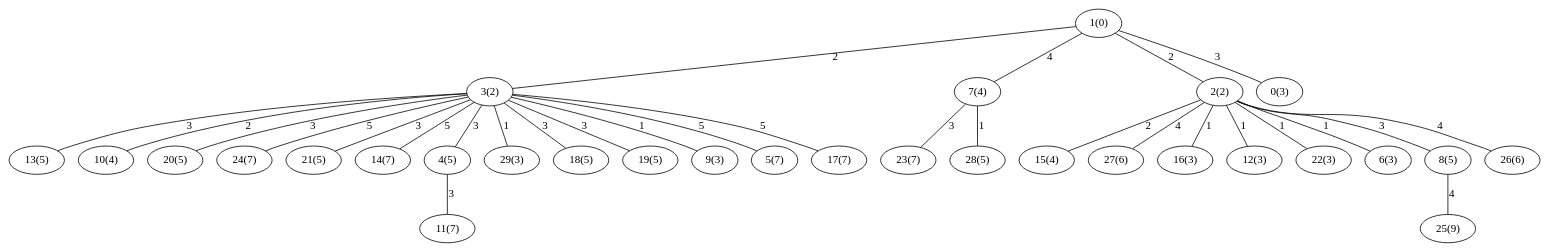
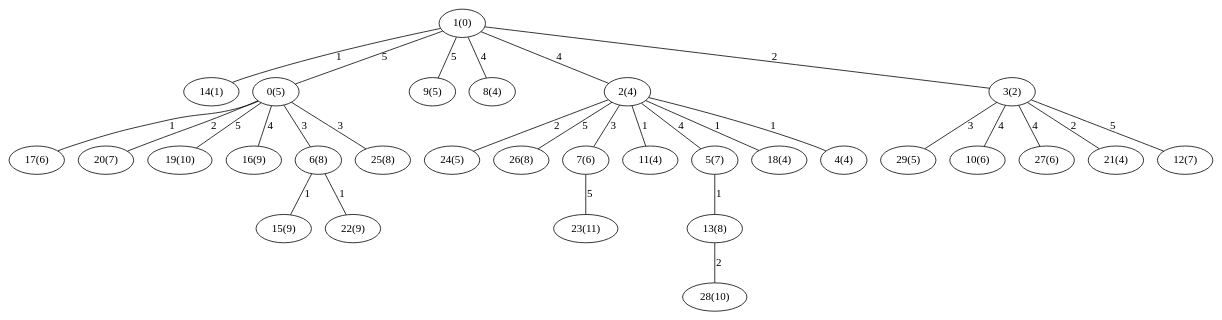
The diagram in Dijkstra_Dorogovtsev3030.gv (saradejesuss/GenerarGrafos), drawn with Graphviz before and after one commit. The commit also changed 8 other files, not shown here.

```diff
--- a/Dijkstra_Dorogovtsev3030.gv
+++ b/Dijkstra_Dorogovtsev3030.gv
@@ -1,61 +1,61 @@
 graph{
-   15 [label="15(4)"];
-   11 [label="11(7)"];
-   13 [label="13(5)"];
-   10 [label="10(4)"];
+   29 [label="29(5)"];
+   14 [label="14(1)"];
+   24 [label="24(5)"];
+   10 [label="10(6)"];
+   0 [label="0(5)"];
+   17 [label="17(6)"];
+   26 [label="26(8)"];
+   28 [label="28(10)"];
+   13 [label="13(8)"];
+   9 [label="9(5)"];
+   20 [label="20(7)"];
+   7 [label="7(6)"];
+   15 [label="15(9)"];
    27 [label="27(6)"];
+   19 [label="19(10)"];
+   11 [label="11(4)"];
+   22 [label="22(9)"];
+   21 [label="21(4)"];
+   16 [label="16(9)"];
+   5 [label="5(7)"];
    1 [label="1(0)"];
-   25 [label="25(9)"];
+   23 [label="23(11)"];
+   8 [label="8(4)"];
+   12 [label="12(7)"];
+   6 [label="6(8)"];
+   18 [label="18(4)"];
+   2 [label="2(4)"];
+   25 [label="25(8)"];
    3 [label="3(2)"];
-   23 [label="23(7)"];
-   20 [label="20(5)"];
-   24 [label="24(7)"];
-   16 [label="16(3)"];
-   7 [label="7(4)"];
-   2 [label="2(2)"];
-   21 [label="21(5)"];
-   14 [label="14(7)"];
-   12 [label="12(3)"];
-   0 [label="0(3)"];
-   22 [label="22(3)"];
-   4 [label="4(5)"];
-   6 [label="6(3)"];
-   8 [label="8(5)"];
-   29 [label="29(3)"];
-   18 [label="18(5)"];
-   19 [label="19(5)"];
-   9 [label="9(3)"];
-   28 [label="28(5)"];
-   5 [label="5(7)"];
-   17 [label="17(7)"];
-   26 [label="26(6)"];
-   7 -- 23 [label="3"];
-   7 -- 28 [label="1"];
-   3 -- 17 [label="5"];
-   3 -- 5 [label="5"];
-   2 -- 26 [label="4"];
+   4 [label="4(4)"];
+   7 -- 23 [label="5"];
+   1 -- 2 [label="4"];
+   2 -- 4 [label="1"];
+   0 -- 25 [label="3"];
+   1 -- 14 [label="1"];
+   2 -- 24 [label="2"];
+   3 -- 10 [label="4"];
+   1 -- 0 [label="5"];
+   0 -- 17 [label="1"];
+   2 -- 26 [label="5"];
+   5 -- 13 [label="1"];
+   1 -- 9 [label="5"];
+   0 -- 20 [label="2"];
+   2 -- 7 [label="3"];
+   6 -- 15 [label="1"];
    1 -- 3 [label="2"];
-   3 -- 13 [label="3"];
-   8 -- 25 [label="4"];
-   3 -- 10 [label="2"];
-   2 -- 27 [label="4"];
-   1 -- 2 [label="2"];
-   3 -- 20 [label="3"];
-   3 -- 24 [label="5"];
-   2 -- 16 [label="1"];
-   1 -- 7 [label="4"];
-   3 -- 21 [label="3"];
-   3 -- 14 [label="5"];
-   2 -- 12 [label="1"];
-   2 -- 15 [label="2"];
-   1 -- 0 [label="3"];
-   2 -- 22 [label="1"];
-   3 -- 4 [label="3"];
-   2 -- 6 [label="1"];
-   3 -- 29 [label="1"];
-   2 -- 8 [label="3"];
-   3 -- 18 [label="3"];
-   4 -- 11 [label="3"];
-   3 -- 19 [label="3"];
-   3 -- 9 [label="1"];
+   13 -- 28 [label="2"];
+   3 -- 27 [label="4"];
+   0 -- 19 [label="5"];
+   2 -- 11 [label="1"];
+   6 -- 22 [label="1"];
+   1 -- 8 [label="4"];
+   3 -- 21 [label="2"];
+   0 -- 16 [label="4"];
+   2 -- 5 [label="4"];
+   0 -- 6 [label="3"];
+   3 -- 29 [label="3"];
+   3 -- 12 [label="5"];
+   2 -- 18 [label="1"];
 }
```
